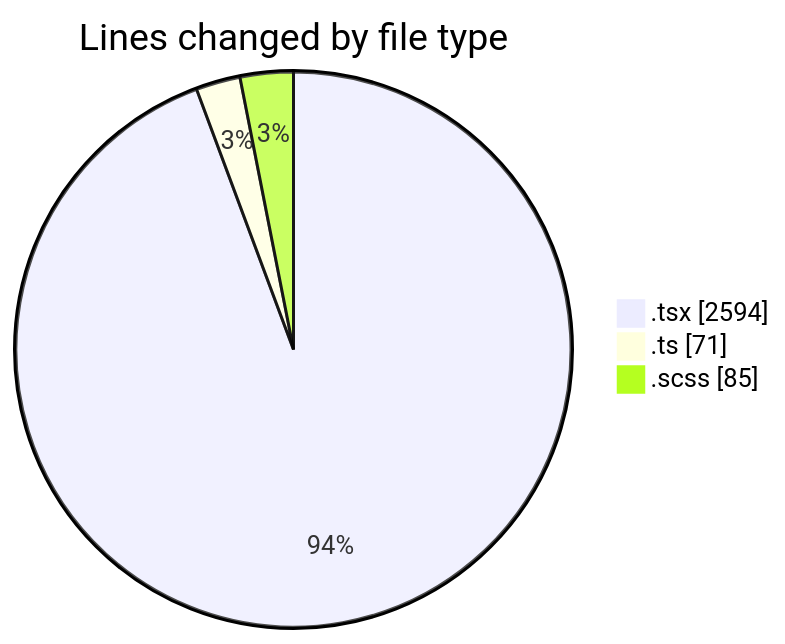
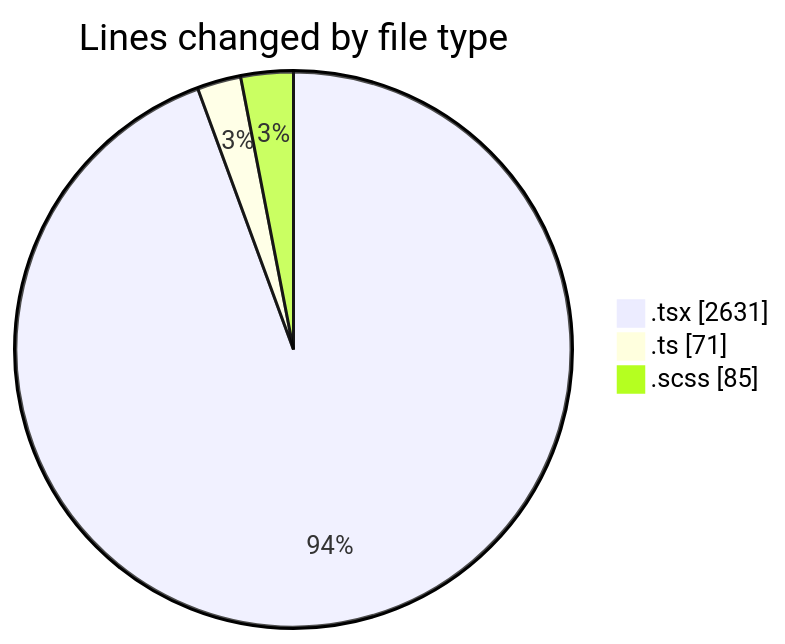
Before and after one commit to momahboobian/code-tracking: the first of 2 diagrams in 2025-02-11/cda/README.md, drawn with Mermaid. The commit also changed other lines of this file and 1 other file, not shown here.

````diff
--- a/2025-02-11/cda/README.md
+++ b/2025-02-11/cda/README.md
@@ -24,7 +24,7 @@
 ```mermaid
 pie showData
 title Lines changed by file type
-".tsx" : 2594
+".tsx" : 2631
 ".ts" : 71
 ".scss" : 85
 ```
````
